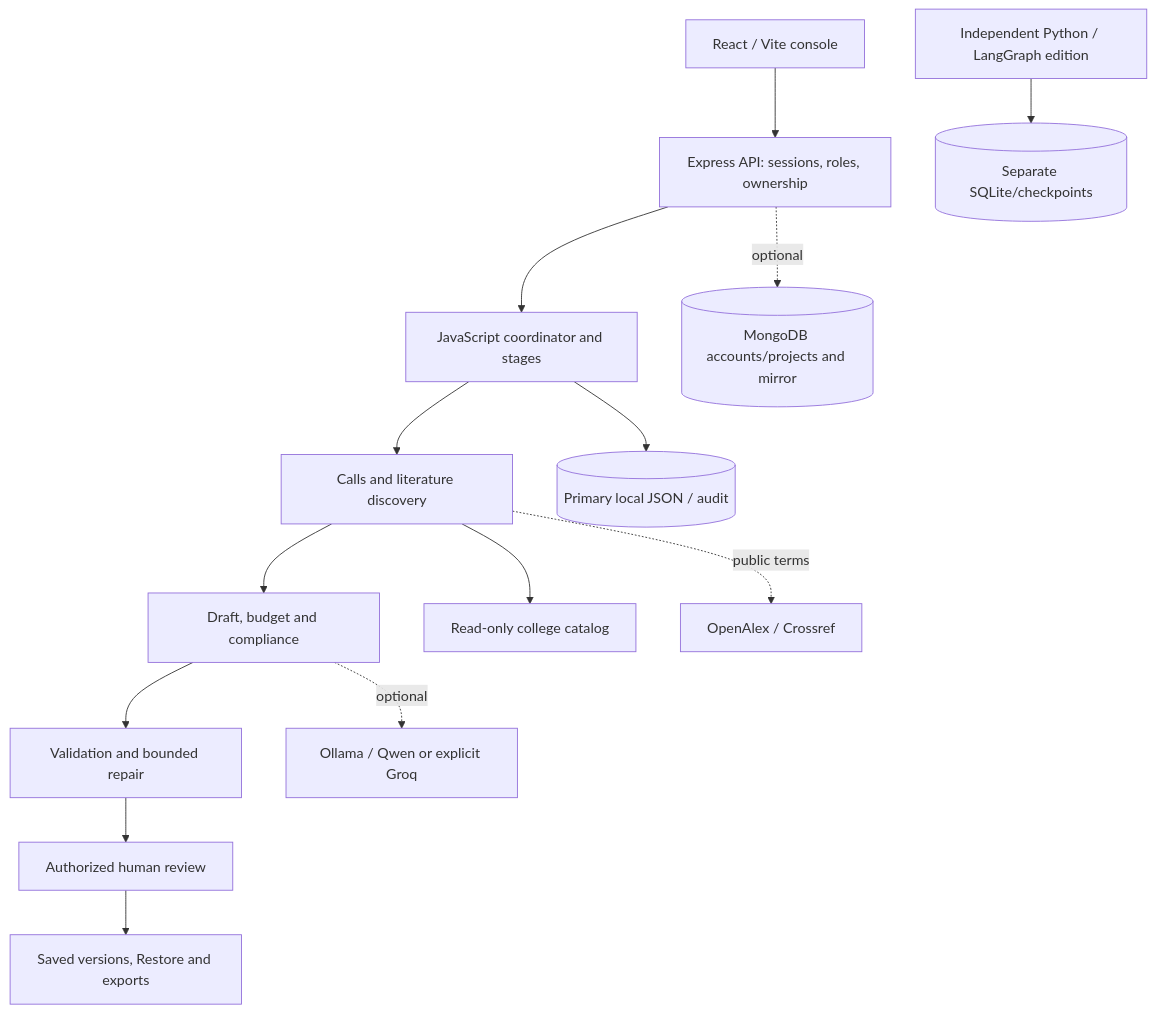
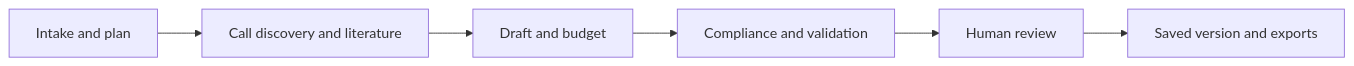
One commit to Tharunbabu06/Research-Grant-Management-System changed the diagram in README.md. Above: the diagram before and after it, drawn with Mermaid. The commit also changed other lines of this file and 4 other files, not shown here.

````diff
--- a/README.md
+++ b/README.md
@@ -53,16 +87,8 @@
 ```mermaid
-flowchart TD
-  UI[React / Vite console] --> API[Express API: sessions, roles, ownership]
-  API --> E[JavaScript coordinator and stages]
-  E --> D[Calls and literature discovery]
-  D --> W[Draft, budget and compliance]
-  W --> V[Validation and bounded repair]
-  V --> H[Authorized human review]
-  H --> X[Saved versions, Restore and exports]
-  E --> J[(Primary local JSON / audit)]
-  API -. optional .-> M[(MongoDB accounts/projects and mirror)]
-  D --> C[Read-only college catalog]
-  D -. public terms .-> P[OpenAlex / Crossref]
-  W -. optional .-> L[Ollama / Qwen or explicit Groq]
-  PY[Independent Python / LangGraph edition] --> S[(Separate SQLite/checkpoints)]
+flowchart LR
+  A[Intake and plan] --> B[Call discovery and literature]
+  B --> C[Draft and budget]
+  C --> D[Compliance and validation]
+  D --> E[Human review]
+  E --> F[Saved version and exports]
 ```
````
